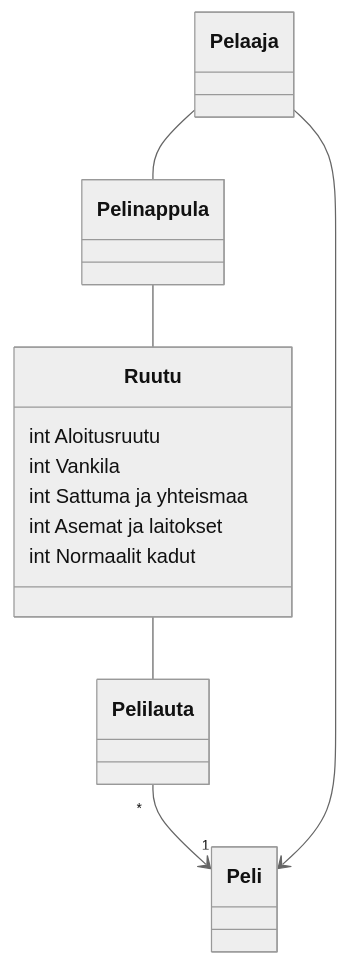
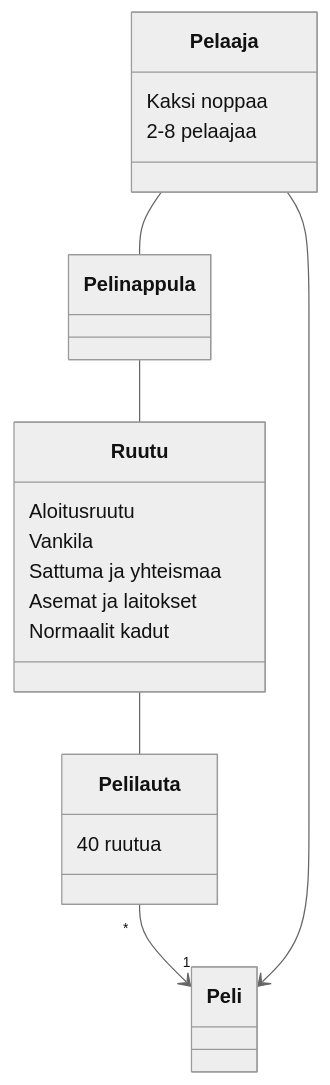
Before and after one commit to ellenra/jumping_game: the diagram in laskarit/viikko3/monopoli_luokkakaavio.md, drawn with Mermaid (neutral theme).

````diff
--- a/laskarit/viikko3/monopoli_luokkakaavio.md
+++ b/laskarit/viikko3/monopoli_luokkakaavio.md
@@ -1,15 +1,18 @@
 ```mermaid
  classDiagram
       Pelilauta "*" --> "1" Peli
+      Pelilauta : 40 ruutua
       Pelaaja --> Peli
+      Pelaaja : Kaksi noppaa
+      Pelaaja : 2-8 pelaajaa
       Pelaaja -- Pelinappula
       Pelinappula -- Ruutu
       Ruutu -- Pelilauta
-      Ruutu : int Aloitusruutu
-      Ruutu : int Vankila
-      Ruutu : int Sattuma ja yhteismaa
-      Ruutu : int Asemat ja laitokset
-      Ruutu : int Normaalit kadut
+      Ruutu : Aloitusruutu
+      Ruutu : Vankila
+      Ruutu : Sattuma ja yhteismaa
+      Ruutu : Asemat ja laitokset
+      Ruutu : Normaalit kadut
       
      
 ```
````
